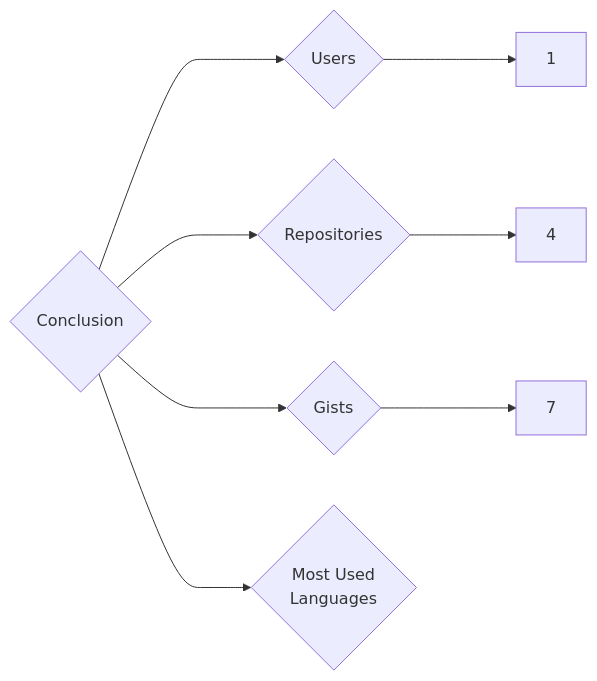
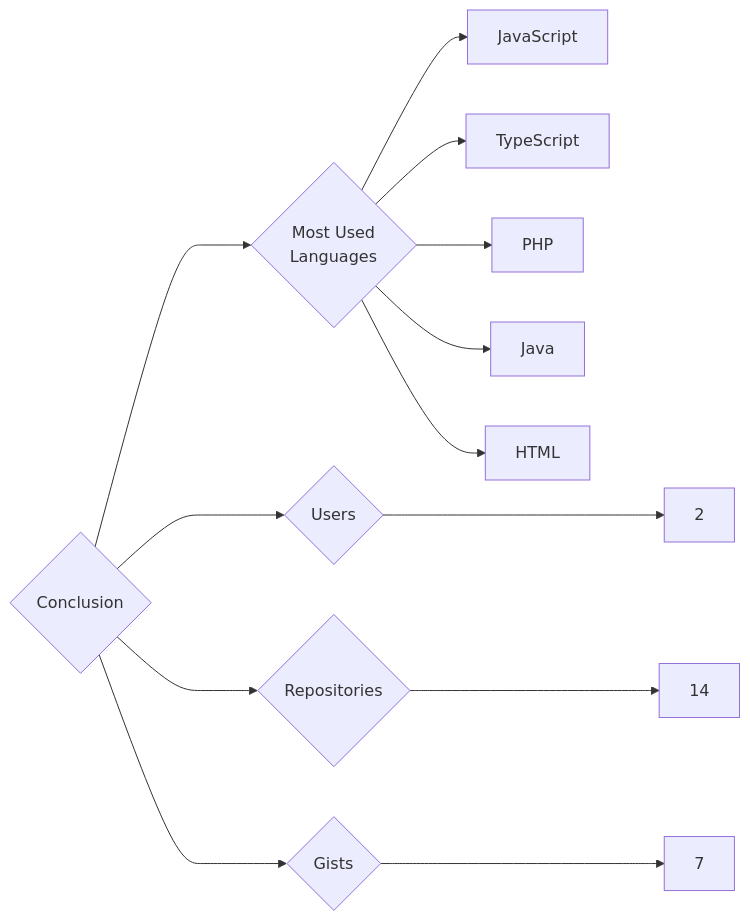
Before and after one commit to trickest/insiders: the diagram in targets/Conclusion/README.md, drawn with Mermaid. The commit also changed 814 other files, not shown here.

````diff
--- a/targets/Conclusion/README.md
+++ b/targets/Conclusion/README.md
@@ -3,8 +3,13 @@
 ```mermaid
 graph LR
 COMPANY_NAME{Conclusion}
-COMPANY_NAME ---> U{Users} ---> UN[1]
-COMPANY_NAME ---> R{Repositories} ---> RN[4]
+COMPANY_NAME ---> U{Users} ---> UN[2]
+COMPANY_NAME ---> R{Repositories} ---> RN[14]
 COMPANY_NAME ---> G{Gists} ---> GN[7]
 COMPANY_NAME ---> ML{Most Used<br>Languages}
+ML --> JavaScript[JavaScript]
+ML --> TypeScript[TypeScript]
+ML --> PHP[PHP]
+ML --> Java[Java]
+ML --> HTML[HTML]
 ```
````
